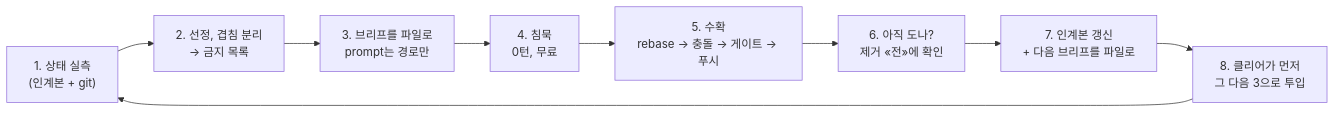
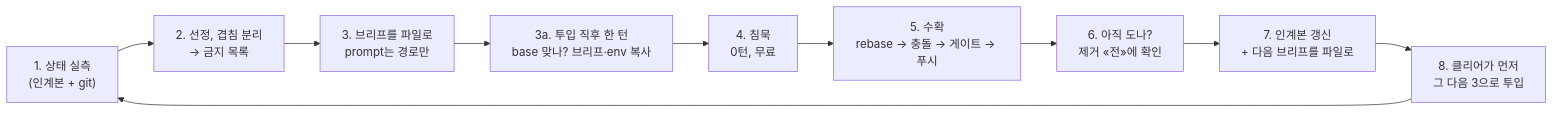
Before and after one commit to sh5623/parallel-worktree: the first of 2 diagrams in README.ko.md, drawn with Mermaid. The commit also changed other lines of this file and 5 other files, not shown here.

````diff
--- a/README.ko.md
+++ b/README.ko.md
@@ -90,11 +90,12 @@
 ```mermaid
 flowchart LR
     A["1. 상태 실측<br/>(인계본 + git)"] --> B["2. 선정, 겹침 분리<br/>→ 금지 목록"]
     B --> C["3. 브리프를 파일로<br/>prompt는 경로만"]
-    C --> D["4. 침묵<br/>0턴, 무료"]
+    C --> C2["3a. 투입 직후 한 턴<br/>base 맞나? 브리프·env 복사"]
+    C2 --> D["4. 침묵<br/>0턴, 무료"]
     D --> E["5. 수확<br/>rebase → 충돌 → 게이트 → 푸시"]
     E --> F["6. 아직 도나?<br/>제거 «전»에 확인"]
     F --> G["7. 인계본 갱신<br/>+ 다음 브리프를 파일로"]
     G --> H["8. 클리어가 먼저<br/>그 다음 3으로 투입"]
     H --> A
 ```
````
